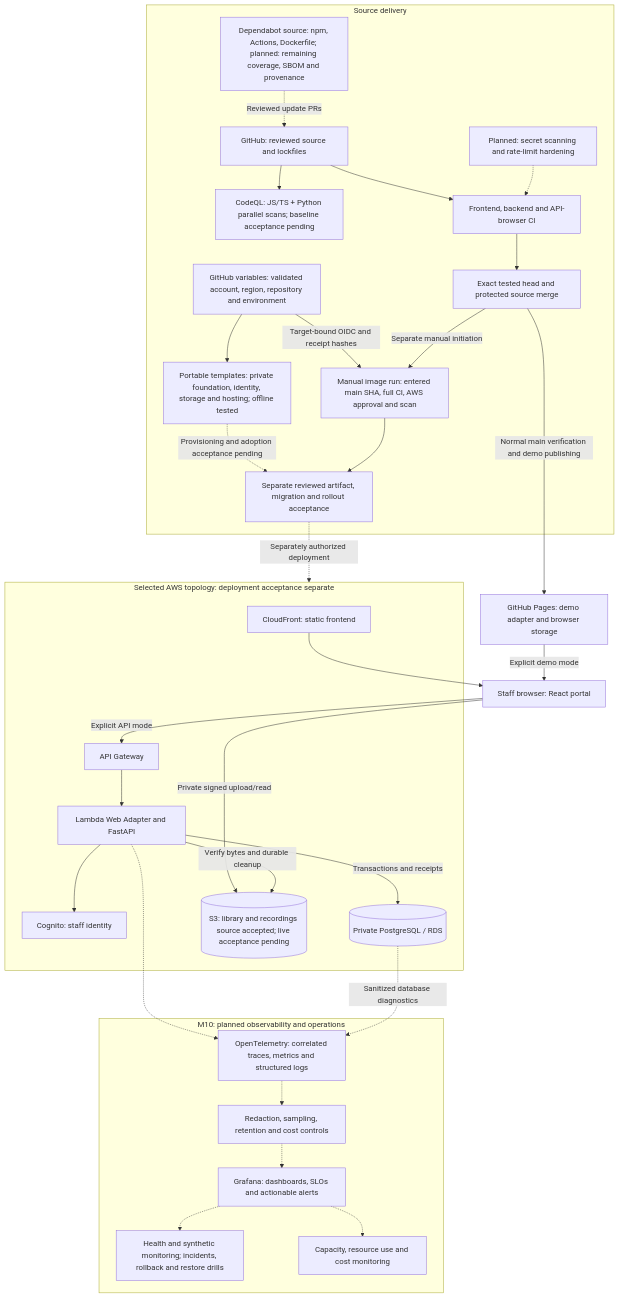
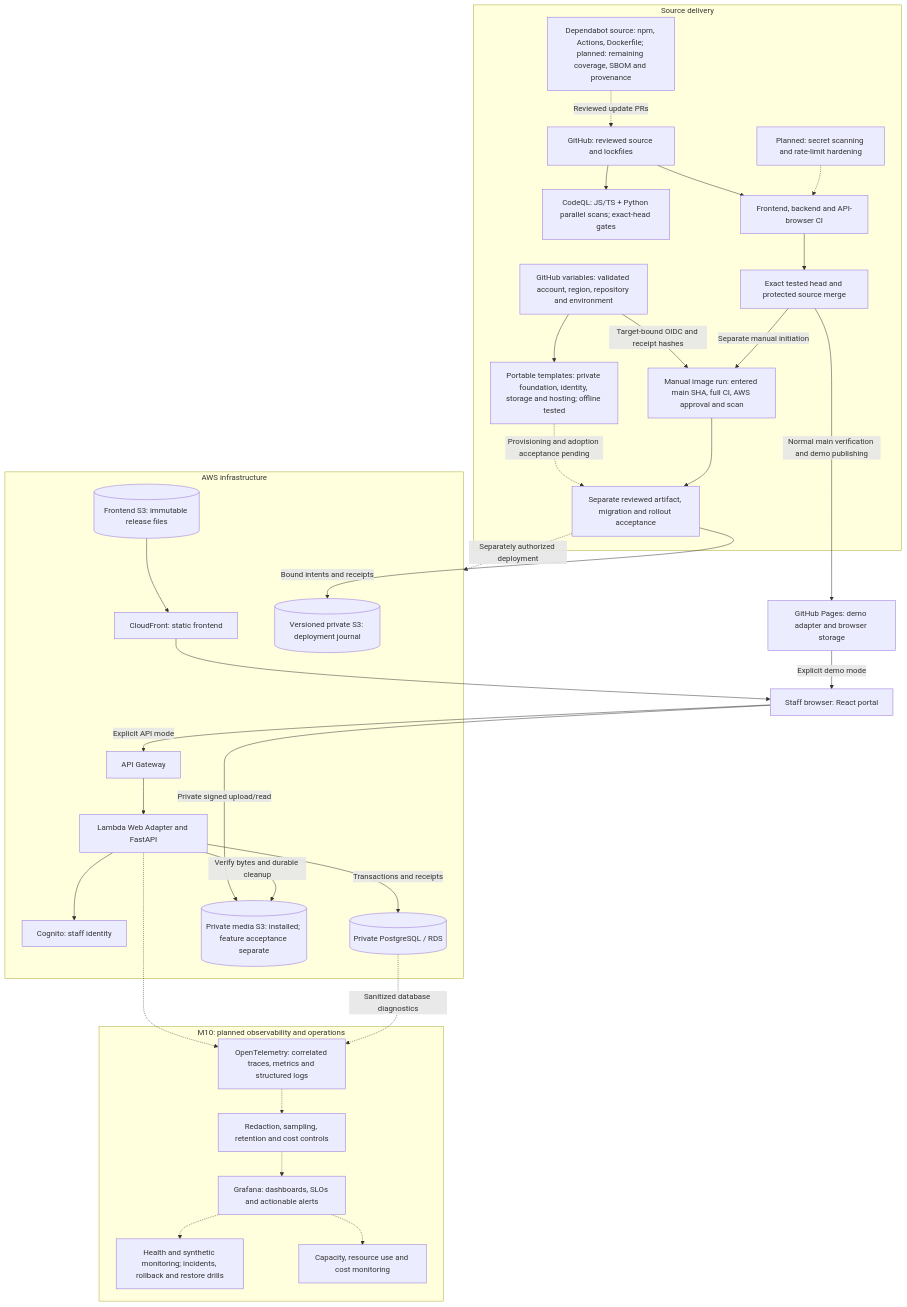
One commit to LimYouSheng/FitfinityReact changed the first of 3 diagrams in docs/architecture/diagram.md. Above: the diagram before and after it, drawn with Mermaid. The commit also changed other lines of this file and 84 other files, not shown here.

````diff
--- a/docs/architecture/diagram.md
+++ b/docs/architecture/diagram.md
@@ -11,55 +13,59 @@
 ```mermaid
 flowchart TB
   Staff["Staff browser: React portal"]
   Pages["GitHub Pages: demo adapter and browser storage"]
-  subgraph AWS["Selected AWS topology: deployment acceptance separate"]
+  subgraph AWS["AWS infrastructure"]
     Assets["CloudFront: static frontend"]
     Gateway["API Gateway"]
     App["Lambda Web Adapter and FastAPI"]
     Identity["Cognito: staff identity"]
     DB[("Private PostgreSQL / RDS")]
-    Media[("S3: library and recordings source accepted; live acceptance pending")]
+    Media[("Private media S3: installed; feature acceptance separate")]
+    Frontend[("Frontend S3: immutable release files")]
+    Journal[("Versioned private S3: deployment journal")]
   end
   subgraph Delivery["Source delivery"]
     Repo["GitHub: reviewed source and lockfiles"]
     Target["GitHub variables: validated account, region, repository and environment"]
     Templates["Portable templates: private foundation, identity, storage and hosting; offline tested"]
-    CodeQL["CodeQL: JS/TS + Python parallel scans; baseline acceptance pending"]
+    CodeQL["CodeQL: JS/TS + Python parallel scans; exact-head gates"]
     Repo --> CodeQL
     CI["Frontend, backend and API-browser CI"]
     Merge["Exact tested head and protected source merge"]
     Image["Manual image run: entered main SHA, full CI, AWS approval and scan"]
     Release["Separate reviewed artifact, migration and rollout acceptance"]
     Supply["Dependabot source: npm, Actions, Dockerfile; planned: remaining coverage, SBOM and provenance"]
     Security["Planned: secret scanning and rate-limit hardening"]
   end
   subgraph Operations["M10: planned observability and operations"]
     OTel["OpenTelemetry: correlated traces, metrics and structured logs"]
     Privacy["Redaction, sampling, retention and cost controls"]
     Grafana["Grafana: dashboards, SLOs and actionable alerts"]
     Ops["Health and synthetic monitoring; incidents, rollback and restore drills"]
     Capacity["Capacity, resource use and cost monitoring"]
   end
+  Frontend --> Assets
+  Release -->|"Bound intents and receipts"| Journal
   Assets --> Staff
   Pages -->|"Explicit demo mode"| Staff
   Staff -->|"Explicit API mode"| Gateway
   Gateway --> App
   App --> Identity
   App -->|"Transactions and receipts"| DB
   Staff -->|"Private signed upload/read"| Media
   App -->|"Verify bytes and durable cleanup"| Media
   Repo --> CI --> Merge
   Merge -->|"Normal main verification and demo publishing"| Pages
   Target -->|"Target-bound OIDC and receipt hashes"| Image
   Target --> Templates
   Templates -.->|"Provisioning and adoption acceptance pending"| Release
   Merge -->|"Separate manual initiation"| Image --> Release
   Release -.->|"Separately authorized deployment"| AWS
   Supply -.->|"Reviewed update PRs"| Repo
   Security -.-> CI
   App -.-> OTel
   DB -.->|"Sanitized database diagnostics"| OTel
   OTel -.-> Privacy -.-> Grafana
   Grafana -.-> Ops
   Grafana -.-> Capacity
 ```
````
